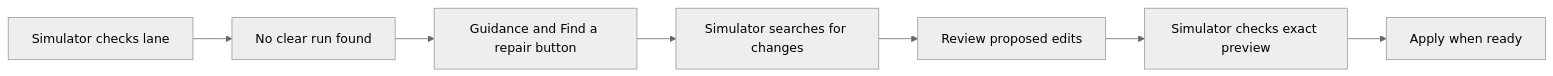
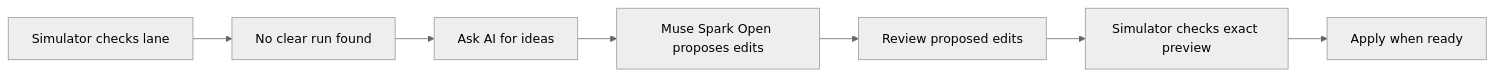
Before and after one commit to gitgithan/conquercourse: the sixth of 6 diagrams in docs/editor-proof-flow.md, drawn with Mermaid (neutral theme). The commit also changed other lines of this file and 13 other files, not shown here.

Commit message:
Remove standalone editor repair actions and guide users to AI ideas

````diff
--- a/docs/editor-proof-flow.md
+++ b/docs/editor-proof-flow.md
@@ -237,9 +230,9 @@
 ```mermaid
 flowchart LR
   A["Simulator checks lane"] --> B["No clear run found"]
-  B --> C["Guidance and Find a repair button"]
-  C --> D["Simulator searches for changes"]
+  B --> C["Ask AI for ideas"]
+  C --> D["Muse Spark Open proposes edits"]
   D --> E["Review proposed edits"]
   E --> F["Simulator checks exact preview"]
   F --> G["Apply when ready"]
 ```
````
